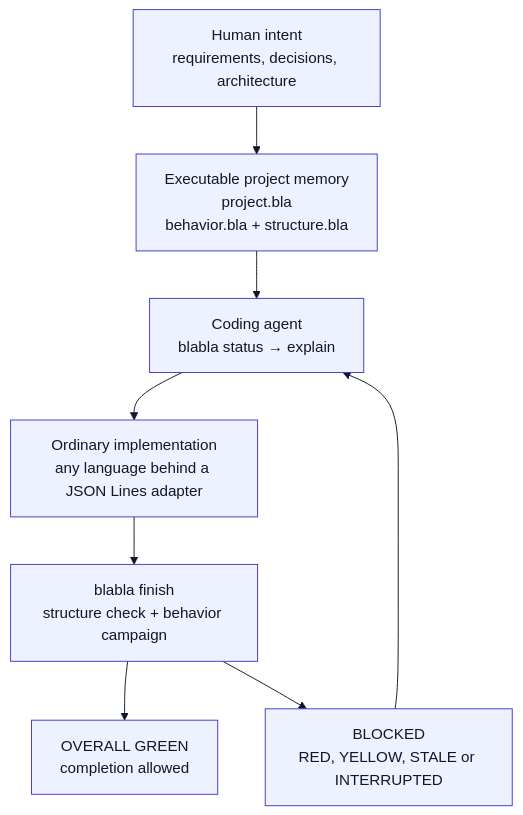
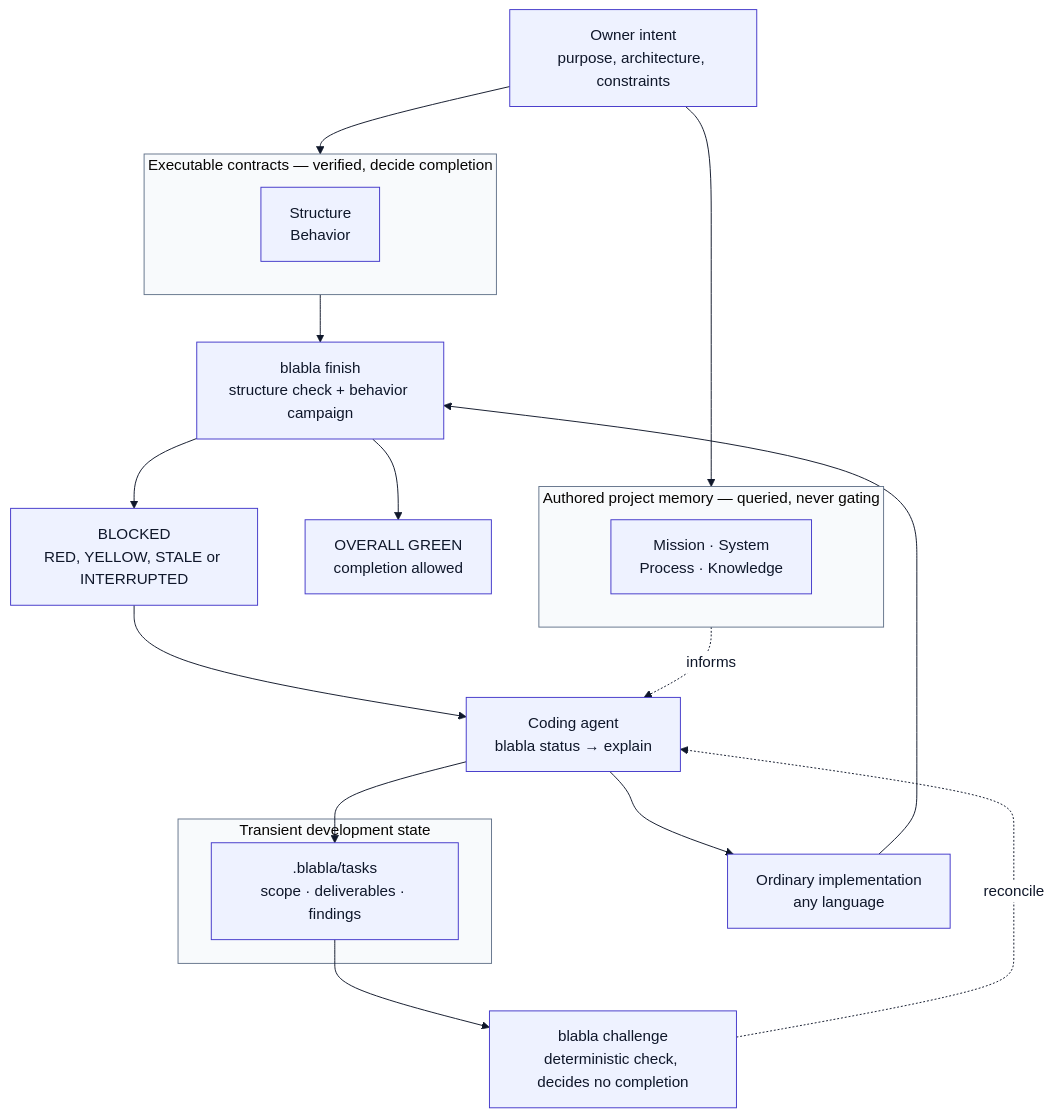
One commit to Kiborgik/blabla changed the diagram in docs/diagrams/concept.mmd. Above: the diagram before and after it, drawn with Mermaid. The commit also changed 76 other files, not shown here.

First line of the commit message:
Add self-hosted project memory and the development loop

```diff
--- a/docs/diagrams/concept.mmd
+++ b/docs/diagrams/concept.mmd
@@ -1,14 +1,31 @@
 %%{init: {"theme":"base","themeVariables":{"primaryColor":"#eef2ff","primaryTextColor":"#0f172a","primaryBorderColor":"#4338ca","lineColor":"#0f172a","secondaryColor":"#f1f5f9","tertiaryColor":"#f8fafc","clusterBkg":"#f8fafc","clusterBorder":"#64748b","edgeLabelBackground":"#ffffff"},"themeCSS":".edgePath path.path, path.flowchart-link { stroke-width: 3px; } marker path { fill: #0f172a; stroke: #0f172a; } .node rect, .node polygon, .node circle { stroke-width: 2px; }"}}%%
 flowchart TD
     accTitle: BlaBla concept
-    accDescr: Human intent is written into executable project memory, a project manifest with behavior and structure contracts. A coding agent reads that memory through blabla status and explain, writes an ordinary implementation, and runs blabla finish, which verifies both layers and reports OVERALL GREEN only when every active contract is satisfied.
-    intent["Human intent<br/>requirements, decisions, architecture"]
-    memory["Executable project memory<br/>project.bla<br/>behavior.bla + structure.bla"]
+    accDescr: Owner intent is written into a BlaBla project as two different things. Authored project memory holds Mission, System, Process and Knowledge, which coding agents query through blabla status and explain but which never decide completion. Executable contracts hold Structure and Behavior, which blabla finish verifies to decide OVERALL GREEN. A bounded task holds transient scope, deliverables and findings for one change, and blabla challenge checks the recorded account of the work against that evidence without deciding completion. Agents write ordinary implementation code; BlaBla does not launch them.
+    intent["Owner intent<br/>purpose, architecture, constraints"]
+    subgraph authored["Authored project memory — queried, never gating"]
+        memory["Mission · System<br/>Process · Knowledge"]
+    end
+    subgraph executable["Executable contracts — verified, decide completion"]
+        contracts["Structure<br/>Behavior"]
+    end
     agent["Coding agent<br/>blabla status → explain"]
-    implementation["Ordinary implementation<br/>any language behind a JSON Lines adapter"]
+    implementation["Ordinary implementation<br/>any language"]
+    subgraph transient["Transient development state"]
+        task[".blabla/tasks<br/>scope · deliverables · findings"]
+    end
+    challenge["blabla challenge<br/>deterministic check, decides no completion"]
     finish["blabla finish<br/>structure check + behavior campaign"]
     green["OVERALL GREEN<br/>completion allowed"]
     blocked["BLOCKED<br/>RED, YELLOW, STALE or INTERRUPTED"]
-    intent --> memory --> agent --> implementation --> finish
+    intent --> authored
+    intent --> executable
+    authored -.informs.-> agent
+    agent --> implementation
+    agent --> task
+    task --> challenge
+    challenge -.reconcile.-> agent
+    implementation --> finish
+    executable --> finish
     finish --> green
     finish --> blocked --> agent
```
